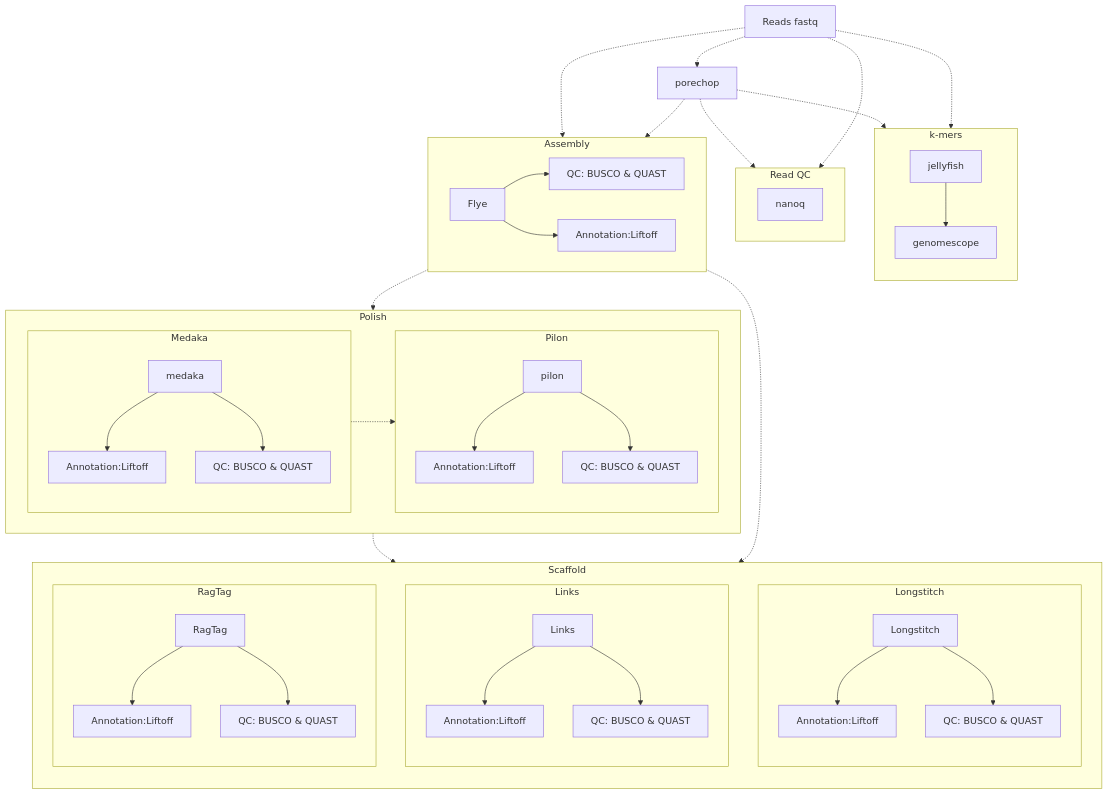
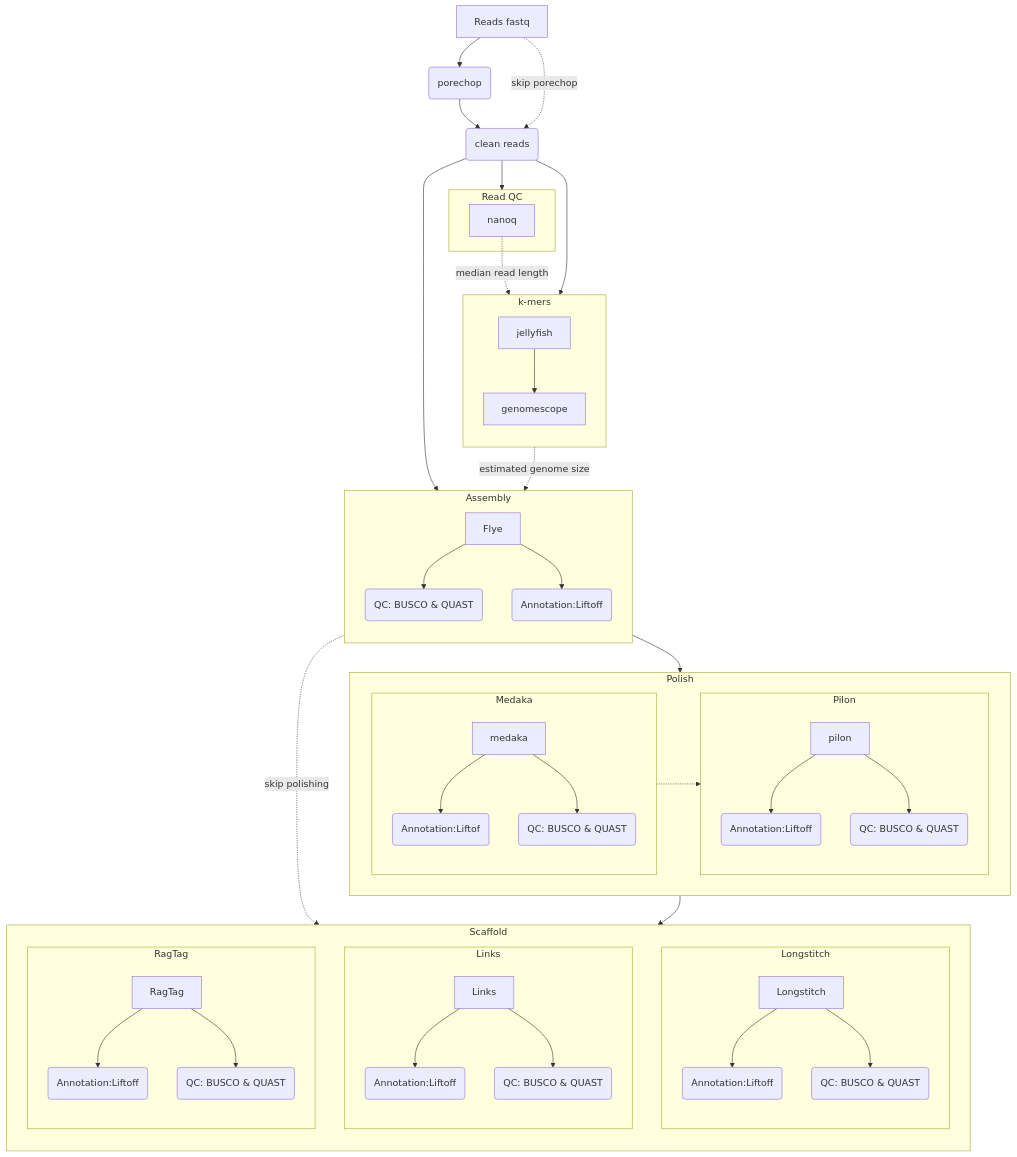
Before and after one commit to nschan/nf-arassembly: the diagram in README.md, drawn with Mermaid. The commit also changed other lines of this file and 7 other files, not shown here.

````diff
--- a/README.md
+++ b/README.md
@@ -51,61 +50,62 @@
 ```mermaid
 graph TD
-  fastq[Reads fastq] -.-> porechop["porechop"]
-  fastq -.-> Readqc
-  porechop -.-> Readqc
+  fastq[Reads fastq] --> porechop("porechop")
+  porechop --> clean_reads(clean reads)
+  fastq -. skip porechop .-> clean_reads
+  clean_reads --> Readqc
   subgraph k-mers
   direction TB
   jellyfish --> genomescope
   end
   subgraph Readqc[Read QC]
   nanoq
   end
-  fastq -.-> k-mers
-  porechop -.-> k-mers
-  porechop -.-> Assembly
-  fastq -.-> Assembly
+  clean_reads --> k-mers
+  nanoq -. median read length .-> jellyfish
+  clean_reads --> Assembly
   subgraph Assembly
-  direction LR
+  direction TB
   assembler[Flye]
-  assembler --> asqc[QC: BUSCO & QUAST]
-  assembler --> asliftoff[Annotation:Liftoff]
+  assembler --> asqc(QC: BUSCO & QUAST)
+  assembler --> asliftoff(Annotation:Liftoff)
   end
+  genomescope -. estimated genome size .-> Assembly
   subgraph Polish
   direction LR
   subgraph Medaka
   medaka[medaka] 
-  medaka --> meliftoff[Annotation:Liftoff]
-  medaka --> meqc[QC: BUSCO & QUAST]
+  medaka --> meliftoff(Annotation:Liftof)
+  medaka --> meqc(QC: BUSCO & QUAST)
   end
   subgraph Pilon
   pilon[pilon] 
-  pilon --> piliftoff[Annotation:Liftoff]
-  pilon --> piqc[QC: BUSCO & QUAST]
+  pilon --> piliftoff(Annotation:Liftoff)
+  pilon --> piqc(QC: BUSCO & QUAST)
   end
   Medaka -.-> Pilon
   end
-  Assembly -.-> Polish
+  Assembly --> Polish
   subgraph Scaffold
   direction TB
   Longstitch
   Links
   RagTag
   end
   subgraph Longstitch
   direction TB
-  longstitch[Longstitch] --> lsliftoff[Annotation:Liftoff]
-  longstitch --> lsQC[QC: BUSCO & QUAST]
+  longstitch[Longstitch] --> lsliftoff(Annotation:Liftoff)
+  longstitch --> lsQC(QC: BUSCO & QUAST)
   end
   subgraph Links
   direction TB
-  links[Links] --> liliftoff[Annotation:Liftoff]
-  links --> liQC[QC: BUSCO & QUAST]
+  links[Links] --> liliftoff(Annotation:Liftoff)
+  links --> liQC(QC: BUSCO & QUAST)
   end
   subgraph RagTag
   direction TB
-  ragtag[RagTag] --> raliftoff[Annotation:Liftoff]
-  ragtag --> raQC[QC: BUSCO & QUAST]
+  ragtag[RagTag] --> raliftoff(Annotation:Liftoff)
+  ragtag --> raQC(QC: BUSCO & QUAST)
   end
-  Assembly -.-> Scaffold
-  Polish -.-> Scaffold
+  Assembly -. skip polishing .-> Scaffold
+  Polish --> Scaffold
 ```
````
